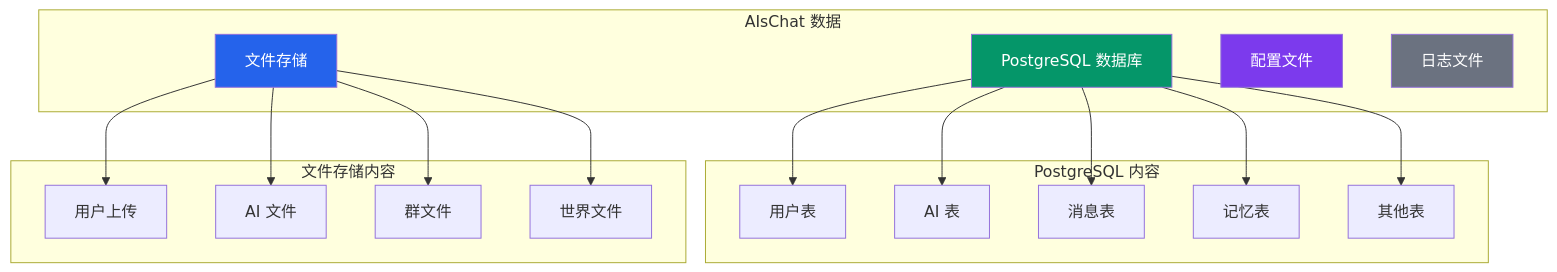
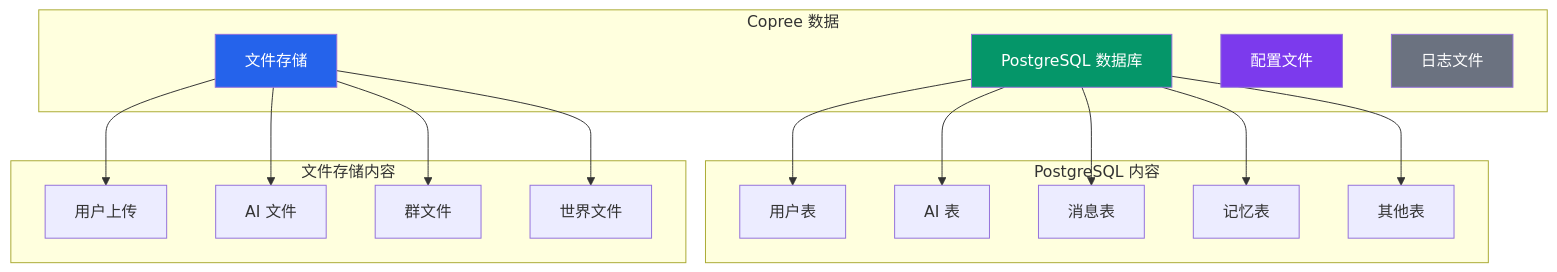
One commit to Coprexist/AIsChat changed the second of 6 diagrams in docs/guides/backup_and_recovery.md. Above: the diagram before and after it, drawn with Mermaid. The commit also changed other lines of this file and 471 other files, not shown here.

First line of the commit message:
feat(brand) 项目更名 AIsChat → Copree（显示层全量替换 + 品牌文档 + 插件改名）

````diff
--- a/docs/guides/backup_and_recovery.md
+++ b/docs/guides/backup_and_recovery.md
@@ -68,40 +68,40 @@
 ```mermaid
 graph TD
-    subgraph "AIsChat 数据"
+    subgraph "Copree 数据"
         DB[PostgreSQL 数据库]
         File[文件存储]
         Config[配置文件]
         Log[日志文件]
     end
     
     subgraph "PostgreSQL 内容"
         User[用户表]
         Agent[AI 表]
         Message[消息表]
         Memory[记忆表]
         Other[其他表]
     end
     
     subgraph "文件存储内容"
         Upload[用户上传]
         AgentFile[AI 文件]
         GroupFile[群文件]
         WorldFile[世界文件]
     end
     
     DB --> User
     DB --> Agent
     DB --> Message
     DB --> Memory
     DB --> Other
     
     File --> Upload
     File --> AgentFile
     File --> GroupFile
     File --> WorldFile
     
     style DB fill:#059669,color:#fff
     style File fill:#2563eb,color:#fff
     style Config fill:#7c3aed,color:#fff
     style Log fill:#6b7280,color:#fff
 ```
````
